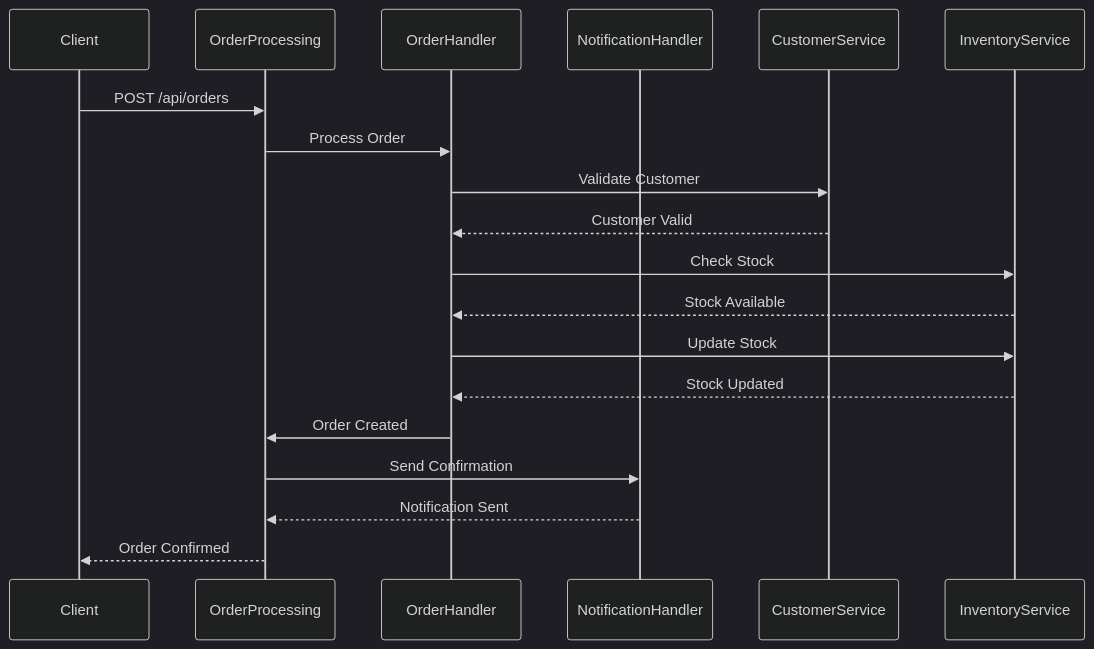
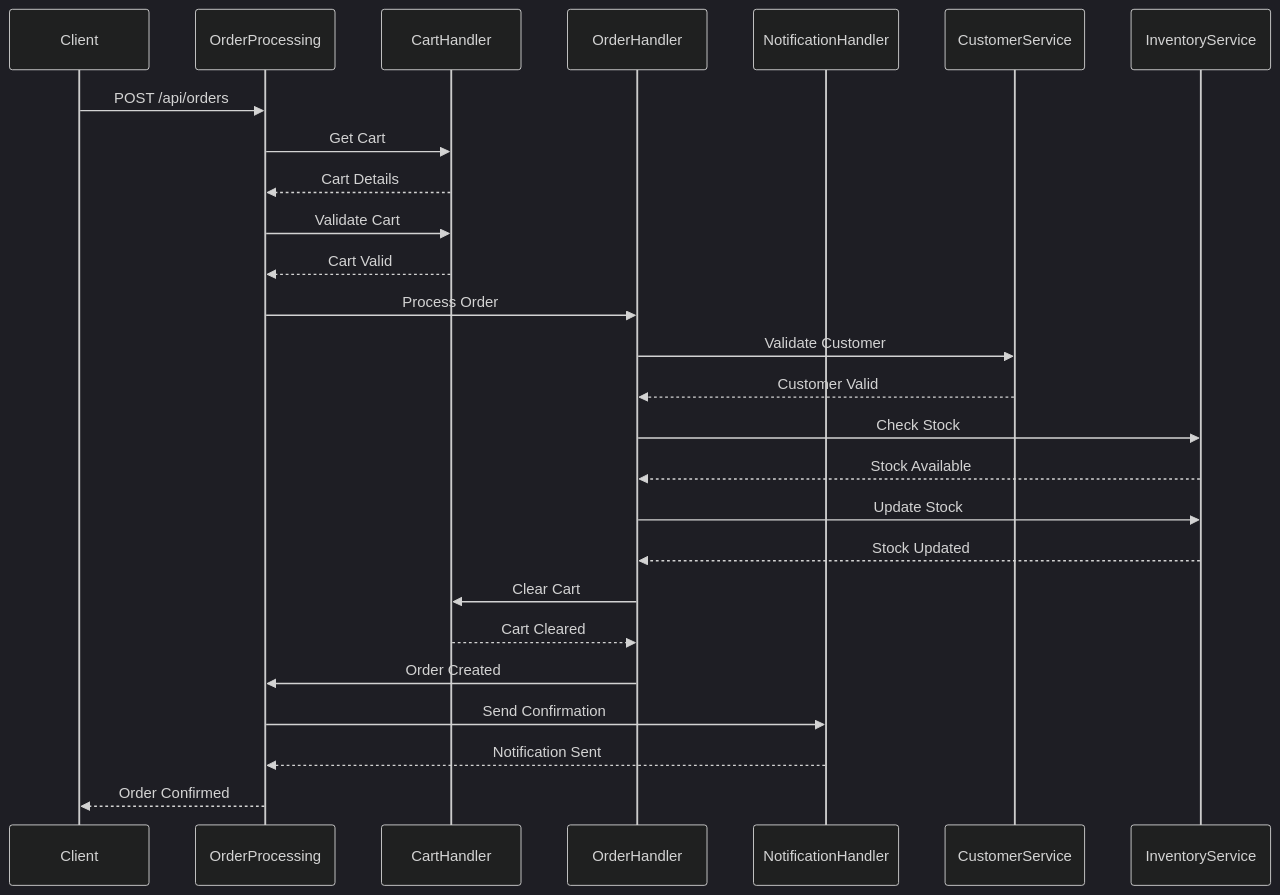
Before and after one commit to CongHuaan/linhtinh: the fifth of 5 diagrams in test.md, drawn with Mermaid (dark theme). The commit also changed other lines of this file, not shown here.

````diff
--- a/test.md
+++ b/test.md
@@ -577,22 +624,29 @@
 ```mermaid
 sequenceDiagram
     participant Client
     participant OrderProcessing
+    participant CartHandler
     participant OrderHandler
     participant NotificationHandler
     participant CustomerService
     participant InventoryService
 
     Client->>OrderProcessing: POST /api/orders
+    OrderProcessing->>CartHandler: Get Cart
+    CartHandler-->>OrderProcessing: Cart Details
+    OrderProcessing->>CartHandler: Validate Cart
+    CartHandler-->>OrderProcessing: Cart Valid
     OrderProcessing->>OrderHandler: Process Order
     OrderHandler->>CustomerService: Validate Customer
     CustomerService-->>OrderHandler: Customer Valid
     OrderHandler->>InventoryService: Check Stock
     InventoryService-->>OrderHandler: Stock Available
     OrderHandler->>InventoryService: Update Stock
     InventoryService-->>OrderHandler: Stock Updated
+    OrderHandler->>CartHandler: Clear Cart
+    CartHandler-->>OrderHandler: Cart Cleared
     OrderHandler->>OrderProcessing: Order Created
     OrderProcessing->>NotificationHandler: Send Confirmation
     NotificationHandler-->>OrderProcessing: Notification Sent
     OrderProcessing-->>Client: Order Confirmed
 ```
````
